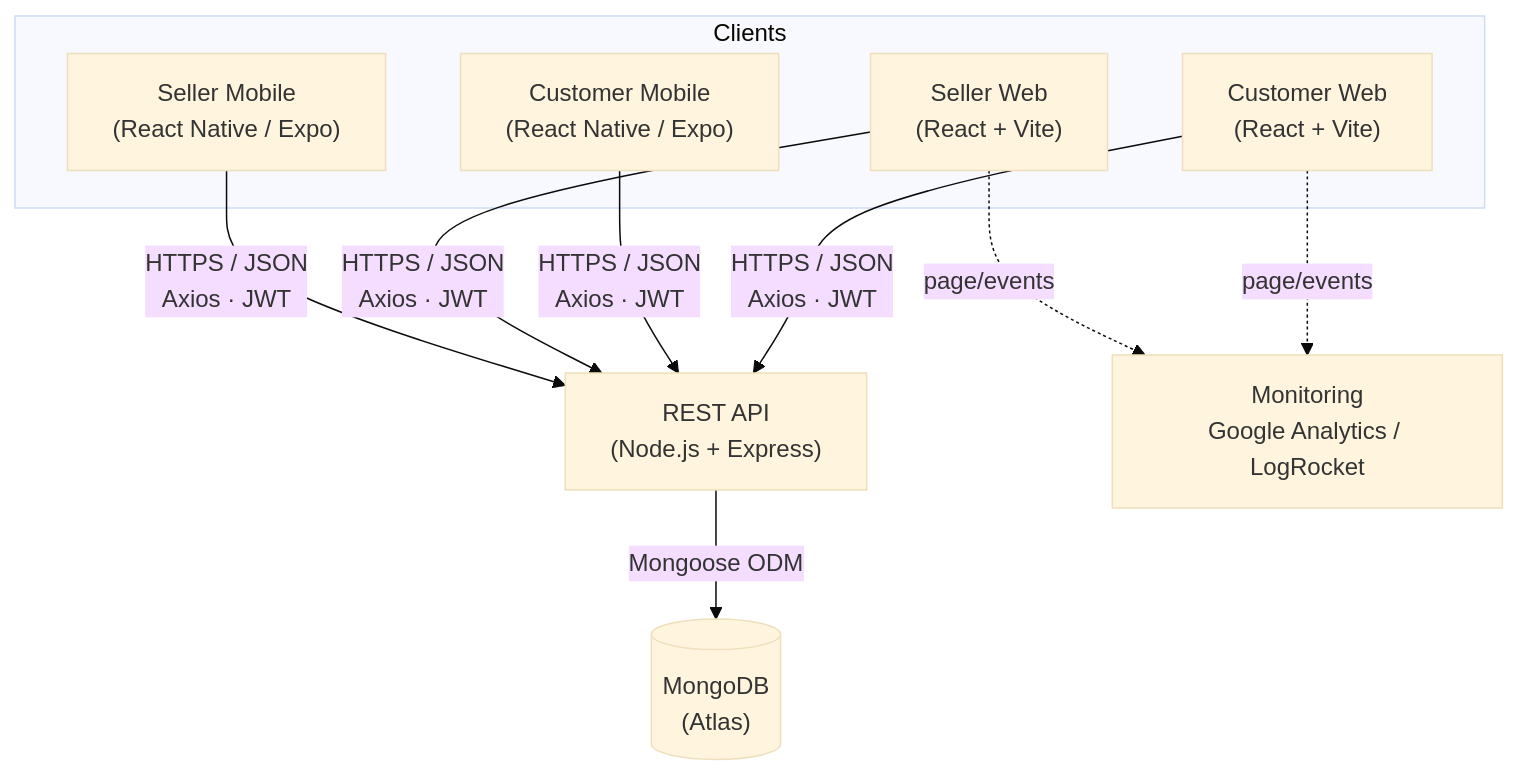
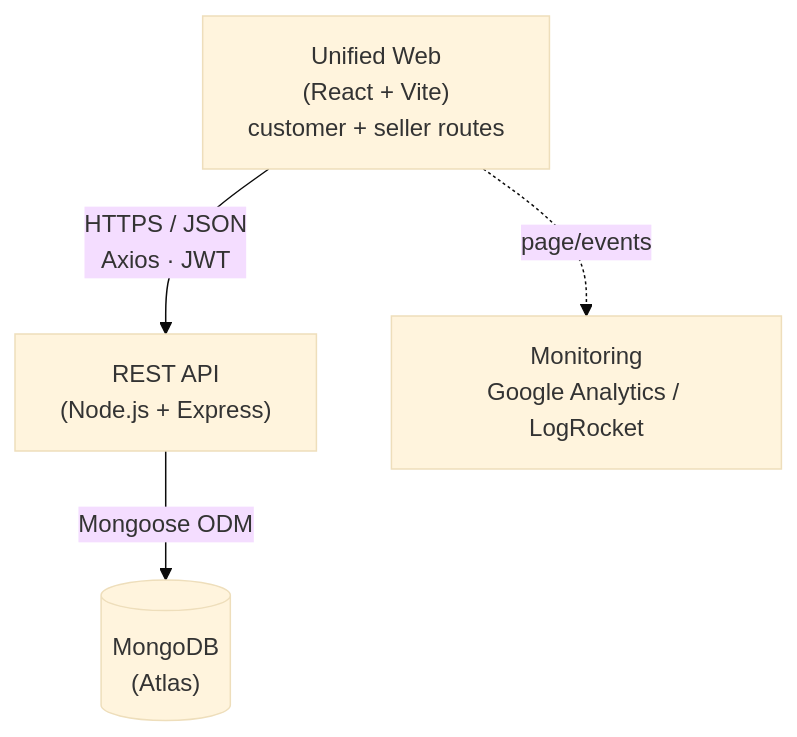
One commit to andreasarnol02/platform-lab-final-project changed the first of 5 diagrams in docs/technical-requirements.md. Above: the diagram before and after it, drawn with Mermaid (base theme). The commit also changed other lines of this file and 92 other files, not shown here.

````diff
--- a/docs/technical-requirements.md
+++ b/docs/technical-requirements.md
@@ -32,22 +30,13 @@
 ```mermaid
 flowchart TB
-    subgraph Clients
-        CW["Customer Web<br/>(React + Vite)"]
-        CM["Customer Mobile<br/>(React Native / Expo)"]
-        SW["Seller Web<br/>(React + Vite)"]
-        SM["Seller Mobile<br/>(React Native / Expo)"]
-    end
+    WEB["Unified Web<br/>(React + Vite)<br/>customer + seller routes"]
 
     API["REST API<br/>(Node.js + Express)"]
     DB[("MongoDB<br/>(Atlas)")]
     MON["Monitoring<br/>Google Analytics / LogRocket"]
 
-    CW -->|"HTTPS / JSON<br/>Axios · JWT"| API
-    CM -->|"HTTPS / JSON<br/>Axios · JWT"| API
-    SW -->|"HTTPS / JSON<br/>Axios · JWT"| API
-    SM -->|"HTTPS / JSON<br/>Axios · JWT"| API
+    WEB -->|"HTTPS / JSON<br/>Axios · JWT"| API
 
     API -->|"Mongoose ODM"| DB
-    CW -.->|"page/events"| MON
-    SW -.->|"page/events"| MON
+    WEB -.->|"page/events"| MON
 ```
````
